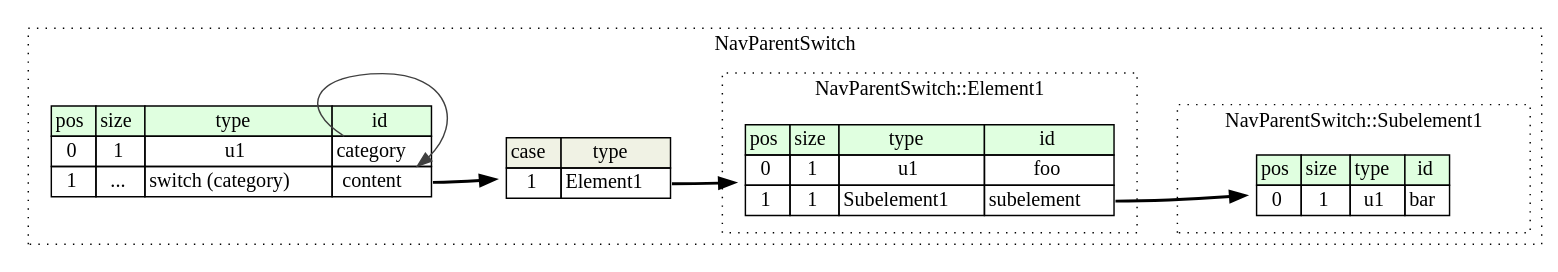
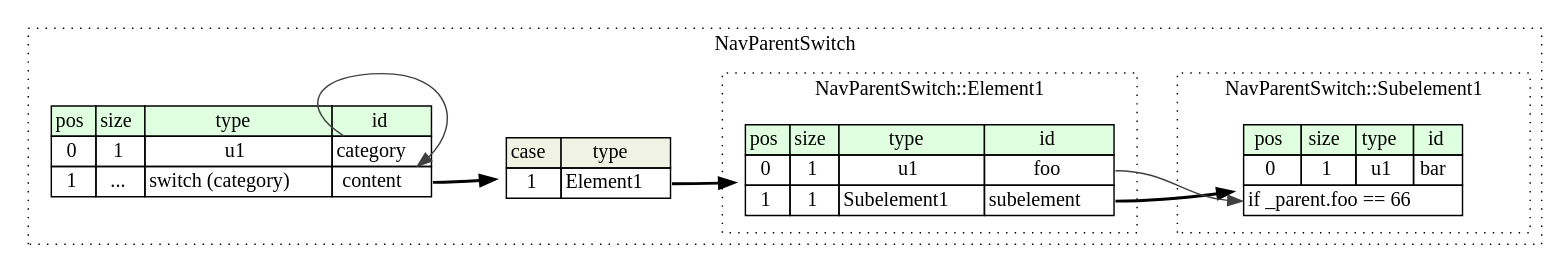
Before and after one commit to kaitai-io/ci_targets: the diagram in compiled/graphviz/nav_parent_switch.dot, drawn with Graphviz. The commit also changed 209 other files, not shown here.

```diff
--- a/compiled/graphviz/nav_parent_switch.dot
+++ b/compiled/graphviz/nav_parent_switch.dot
@@ -1,41 +1,43 @@
 digraph {
 	rankdir=LR;
 	node [shape=plaintext];
 	subgraph cluster__nav_parent_switch {
 		label="NavParentSwitch";
 		graph[style=dotted];
 
 		nav_parent_switch__seq [label=<<TABLE BORDER="0" CELLBORDER="1" CELLSPACING="0">
 			<TR><TD BGCOLOR="#E0FFE0">pos</TD><TD BGCOLOR="#E0FFE0">size</TD><TD BGCOLOR="#E0FFE0">type</TD><TD BGCOLOR="#E0FFE0">id</TD></TR>
 			<TR><TD PORT="category_pos">0</TD><TD PORT="category_size">1</TD><TD>u1</TD><TD PORT="category_type">category</TD></TR>
 			<TR><TD PORT="content_pos">1</TD><TD PORT="content_size">...</TD><TD>switch (category)</TD><TD PORT="content_type">content</TD></TR>
 		</TABLE>>];
 nav_parent_switch__seq_content_switch [label=<<TABLE BORDER="0" CELLBORDER="1" CELLSPACING="0">
 	<TR><TD BGCOLOR="#F0F2E4">case</TD><TD BGCOLOR="#F0F2E4">type</TD></TR>
 	<TR><TD>1</TD><TD PORT="case0">Element1</TD></TR>
 </TABLE>>];
 		subgraph cluster__element_1 {
 			label="NavParentSwitch::Element1";
 			graph[style=dotted];
 
 			element_1__seq [label=<<TABLE BORDER="0" CELLBORDER="1" CELLSPACING="0">
 				<TR><TD BGCOLOR="#E0FFE0">pos</TD><TD BGCOLOR="#E0FFE0">size</TD><TD BGCOLOR="#E0FFE0">type</TD><TD BGCOLOR="#E0FFE0">id</TD></TR>
 				<TR><TD PORT="foo_pos">0</TD><TD PORT="foo_size">1</TD><TD>u1</TD><TD PORT="foo_type">foo</TD></TR>
 				<TR><TD PORT="subelement_pos">1</TD><TD PORT="subelement_size">1</TD><TD>Subelement1</TD><TD PORT="subelement_type">subelement</TD></TR>
 			</TABLE>>];
 		}
 		subgraph cluster__subelement_1 {
 			label="NavParentSwitch::Subelement1";
 			graph[style=dotted];
 
 			subelement_1__seq [label=<<TABLE BORDER="0" CELLBORDER="1" CELLSPACING="0">
 				<TR><TD BGCOLOR="#E0FFE0">pos</TD><TD BGCOLOR="#E0FFE0">size</TD><TD BGCOLOR="#E0FFE0">type</TD><TD BGCOLOR="#E0FFE0">id</TD></TR>
 				<TR><TD PORT="bar_pos">0</TD><TD PORT="bar_size">1</TD><TD>u1</TD><TD PORT="bar_type">bar</TD></TR>
+				<TR><TD COLSPAN="4" PORT="bar__if">if _parent.foo == 66</TD></TR>
 			</TABLE>>];
 		}
 	}
 	nav_parent_switch__seq:content_type -> nav_parent_switch__seq_content_switch [style=bold];
 	nav_parent_switch__seq_content_switch:case0 -> element_1__seq [style=bold];
 	nav_parent_switch__seq:category_type -> nav_parent_switch__seq:content_type [color="#404040"];
 	element_1__seq:subelement_type -> subelement_1__seq [style=bold];
+	element_1__seq:foo_type -> subelement_1__seq:bar__if [color="#404040"];
 }
```
